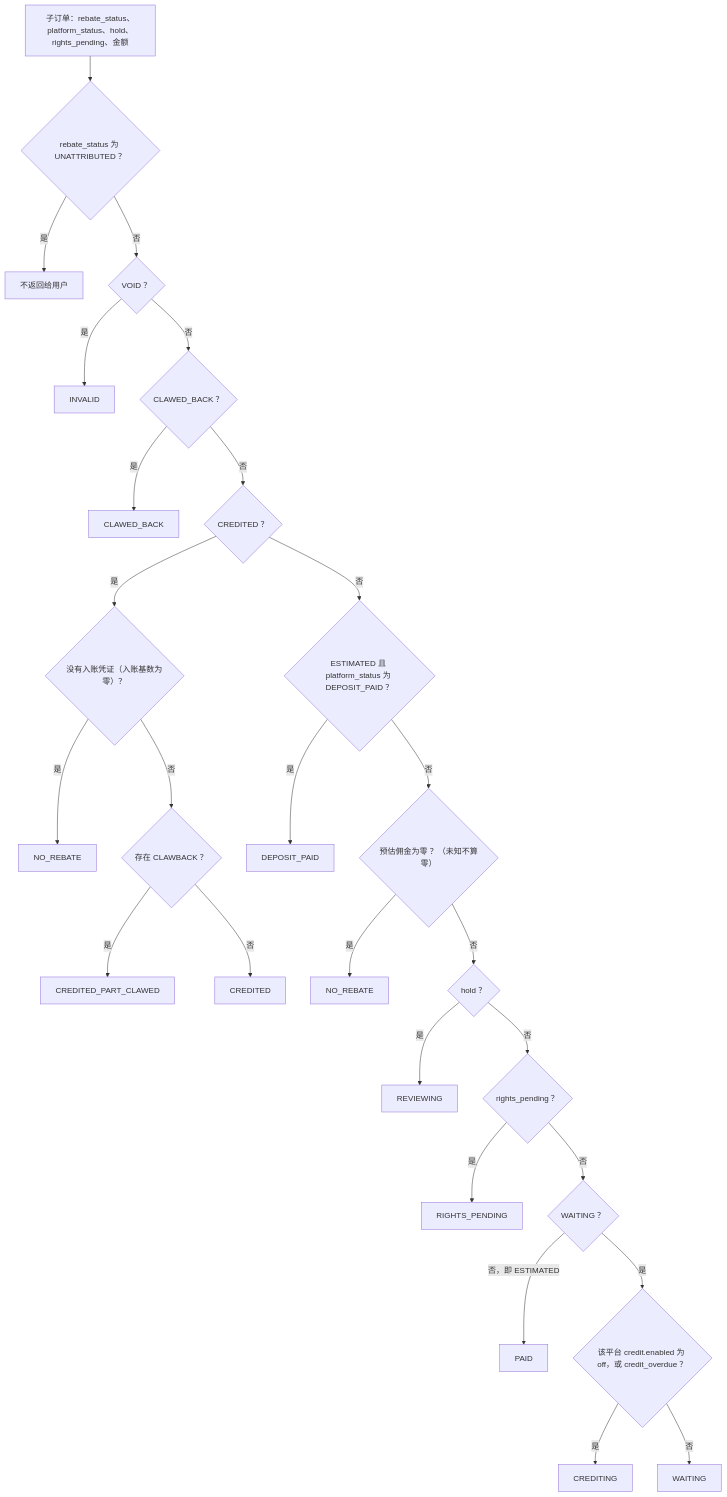
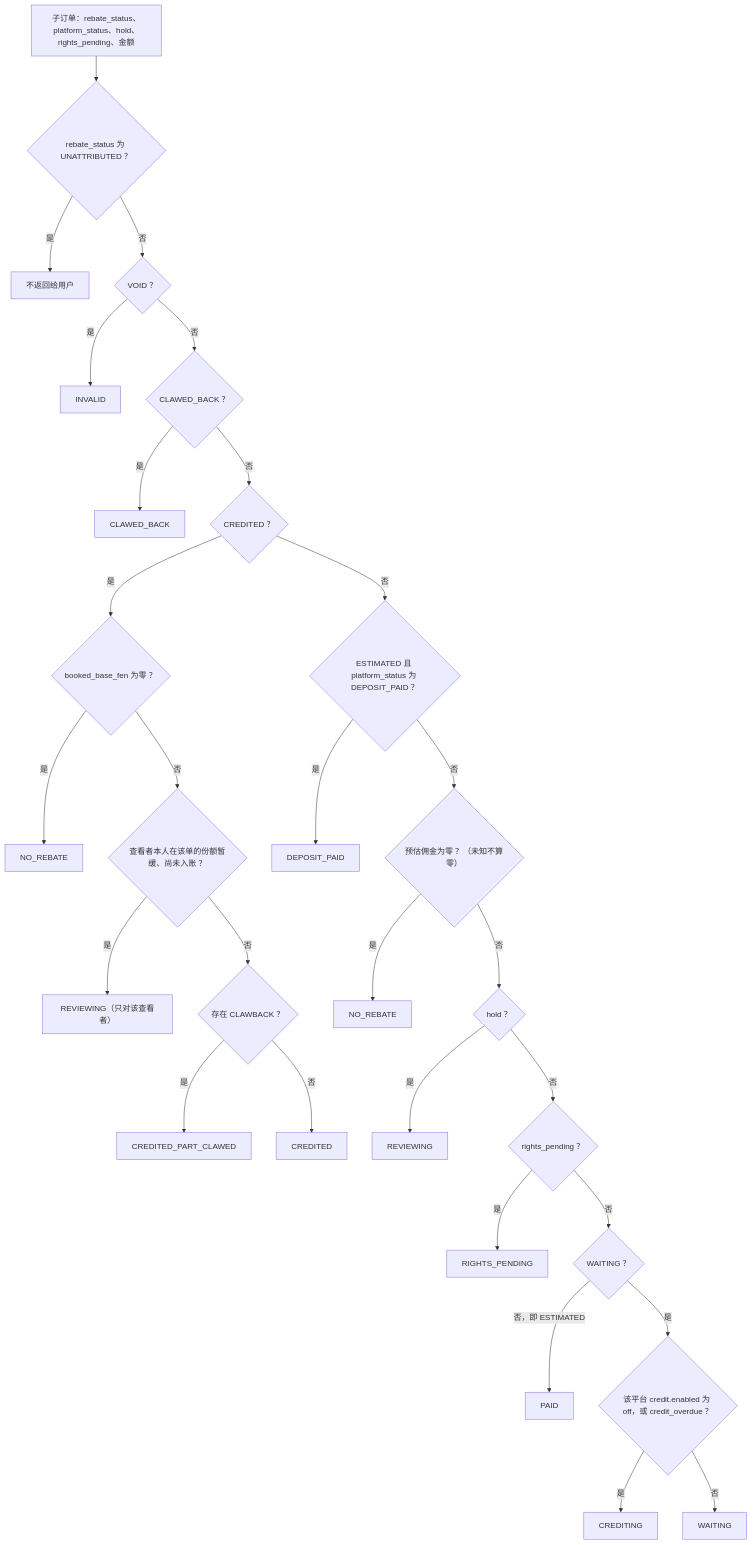
The third of 41 diagrams in 规划/12_关键流程与状态图.md (zora4523-bot/couli), drawn with Mermaid before and after one commit. The commit also changed other lines of this file, not shown here.

````diff
--- a/规划/12_关键流程与状态图.md
+++ b/规划/12_关键流程与状态图.md
@@ -301,28 +311,30 @@
 ```mermaid
 flowchart TD
   S["子订单：rebate_status、platform_status、hold、rights_pending、金额"] --> C0{"rebate_status 为 UNATTRIBUTED ？"}
   C0 -- "是" --> D0["不返回给用户"]
   C0 -- "否" --> C1{"VOID ？"}
   C1 -- "是" --> D1["INVALID"]
   C1 -- "否" --> C2{"CLAWED_BACK ？"}
   C2 -- "是" --> D2["CLAWED_BACK"]
   C2 -- "否" --> C3{"CREDITED ？"}
-  C3 -- "是" --> C3a{"没有入账凭证（入账基数为零）？"}
+  C3 -- "是" --> C3a{"booked_base_fen 为零 ？"}
   C3a -- "是" --> D3["NO_REBATE"]
-  C3a -- "否" --> C4{"存在 CLAWBACK ？"}
+  C3a -- "否" --> C3b{"查看者本人在该单的份额暂缓、尚未入账 ？"}
+  C3b -- "是" --> D3b["REVIEWING（只对该查看者）"]
+  C3b -- "否" --> C4{"存在 CLAWBACK ？"}
   C4 -- "是" --> D4["CREDITED_PART_CLAWED"]
   C4 -- "否" --> D5["CREDITED"]
   C3 -- "否" --> C6{"ESTIMATED 且 platform_status 为 DEPOSIT_PAID ？"}
   C6 -- "是" --> D6["DEPOSIT_PAID"]
   C6 -- "否" --> C7{"预估佣金为零 ？（未知不算零）"}
   C7 -- "是" --> D7["NO_REBATE"]
   C7 -- "否" --> C8{"hold ？"}
   C8 -- "是" --> D8["REVIEWING"]
   C8 -- "否" --> C9{"rights_pending ？"}
   C9 -- "是" --> D9["RIGHTS_PENDING"]
   C9 -- "否" --> C10{"WAITING ？"}
   C10 -- "否，即 ESTIMATED" --> D14["PAID"]
   C10 -- "是" --> C11{"该平台 credit.enabled 为 off，或 credit_overdue ？"}
   C11 -- "是" --> D12["CREDITING"]
   C11 -- "否" --> D13["WAITING"]
 ```
````
